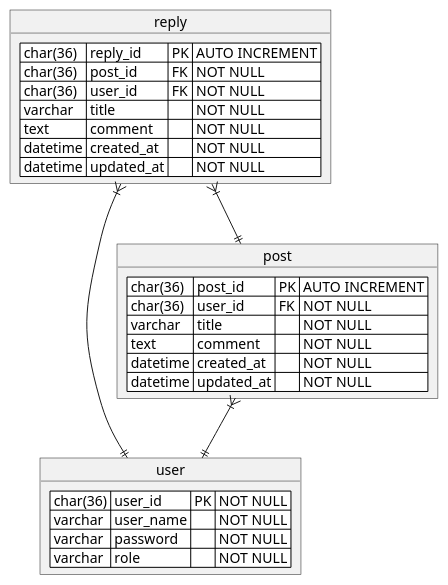
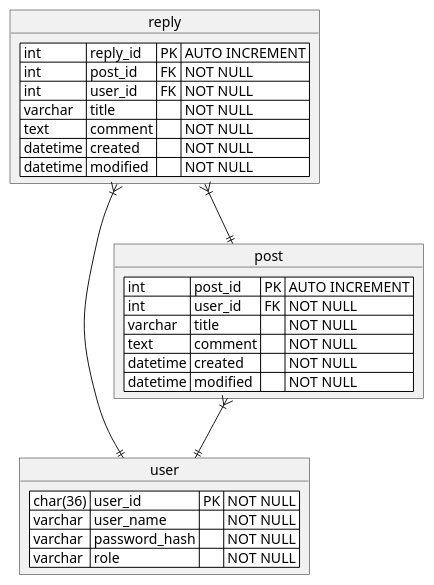
The diagram in database/erd.puml (vol4-Team22/Docs), drawn with PlantUML before and after one commit. The commit also changed 1 other file, not shown here.

```diff
--- a/database/erd.puml
+++ b/database/erd.puml
@@ -1,35 +1,35 @@
 @startuml
 
 object user {
 <#white>| char(36) | user_id | PK | NOT NULL |
 <#white>| varchar | user_name | | NOT NULL |
-<#white>| varchar | password |  | NOT NULL |
+<#white>| varchar | password_hash |  | NOT NULL |
 <#white>| varchar | role |  | NOT NULL |
 }
 
 object post {
-<#white>| char(36) | post_id | PK | AUTO INCREMENT |
-<#white>| char(36) | user_id | FK | NOT NULL |
+<#white>| int | post_id | PK | AUTO INCREMENT |
+<#white>| int | user_id | FK | NOT NULL |
 <#white>| varchar | title |  | NOT NULL |
 <#white>| text | comment |  | NOT NULL |
-<#white>| datetime | created_at |  | NOT NULL |
-<#white>| datetime | updated_at |  | NOT NULL |
+<#white>| datetime | created |  | NOT NULL |
+<#white>| datetime | modified |  | NOT NULL |
 }
 
 object reply {
-<#white>| char(36) | reply_id | PK | AUTO INCREMENT |
-<#white>| char(36) | post_id | FK | NOT NULL |
-<#white>| char(36) | user_id | FK | NOT NULL |
+<#white>| int | reply_id | PK | AUTO INCREMENT |
+<#white>| int | post_id | FK | NOT NULL |
+<#white>| int | user_id | FK | NOT NULL |
 <#white>| varchar | title |  | NOT NULL |
 <#white>| text | comment |  | NOT NULL |
-<#white>| datetime | created_at |  | NOT NULL |
-<#white>| datetime | updated_at |  | NOT NULL |
+<#white>| datetime | created |  | NOT NULL |
+<#white>| datetime | modified |  | NOT NULL |
 }
 
 post }|--|| user
 reply }|--|| post
 reply }|--|| user
 
 
 
 @enduml
```
